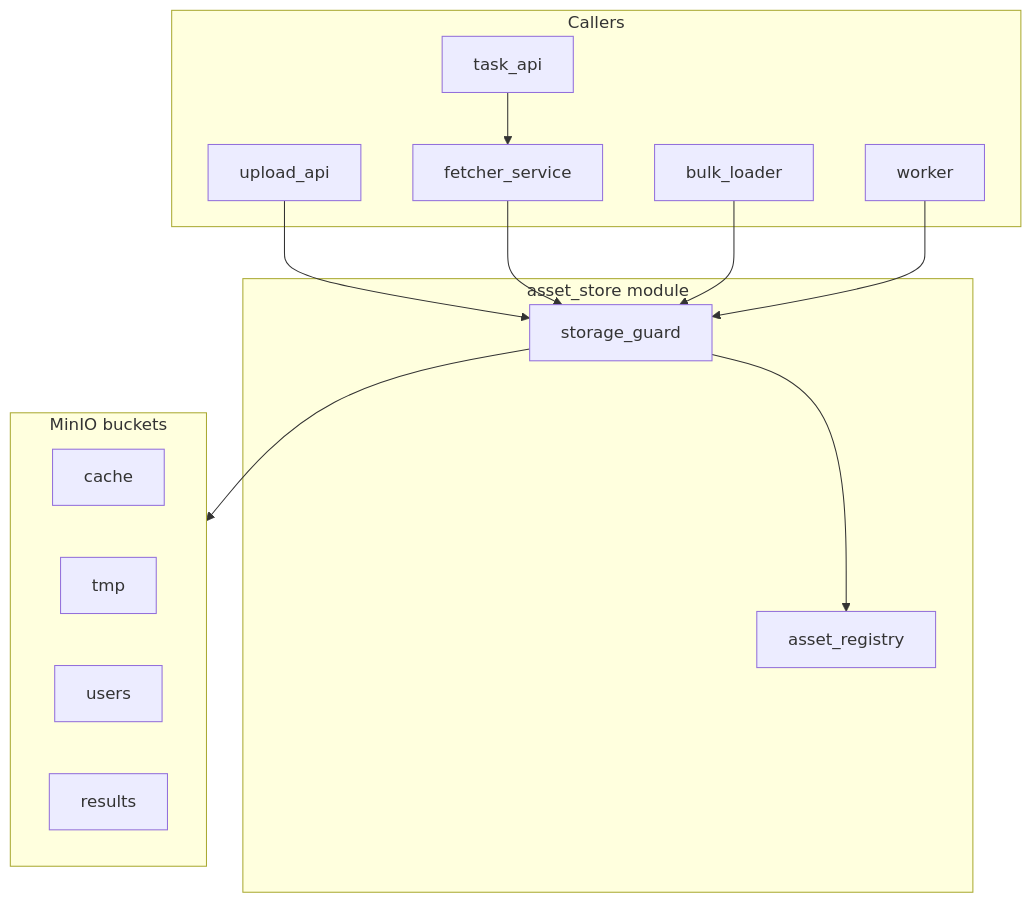
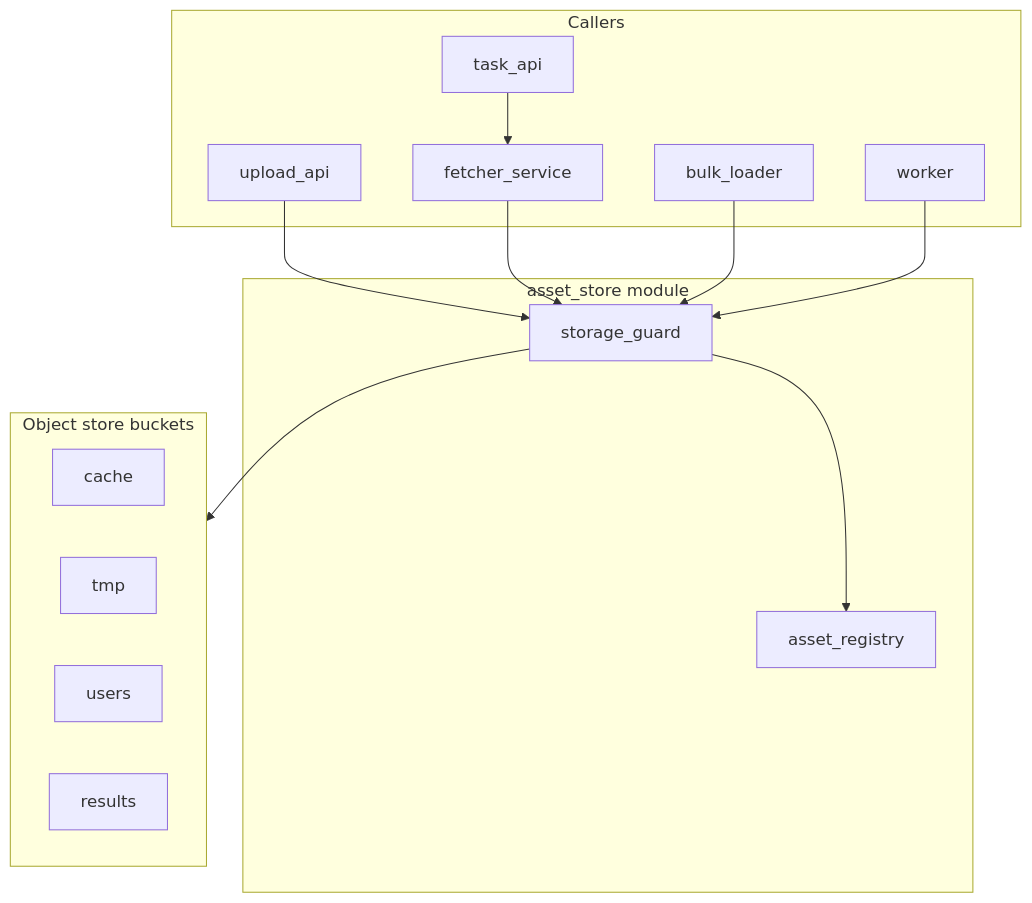
One commit to mezanno/prototype_cache changed the diagram in docs/spec/README.md. Above: the diagram before and after it, drawn with Mermaid. The commit also changed other lines of this file and 20 other files, not shown here.

````diff
--- a/docs/spec/README.md
+++ b/docs/spec/README.md
@@ -7,27 +7,27 @@
 ```mermaid
 flowchart TB
   subgraph clients [Callers]
     UploadAPI[upload_api]
     TaskAPI[task_api]
     BulkLoader[bulk_loader]
     Worker[worker]
     Fetcher[fetcher_service]
   end
   subgraph assetstore [asset_store module]
     Guard[storage_guard]
     Registry[asset_registry]
   end
-  subgraph minio [MinIO buckets]
+  subgraph store [Object store buckets]
     Bcache[cache]
     Btmp[tmp]
     Busers[users]
     Bresults[results]
   end
   UploadAPI --> Guard
   TaskAPI --> Fetcher
   Fetcher --> Guard
   BulkLoader --> Guard
   Worker --> Guard
   Guard --> Registry
-  Guard --> minio
+  Guard --> store
 ```
````
